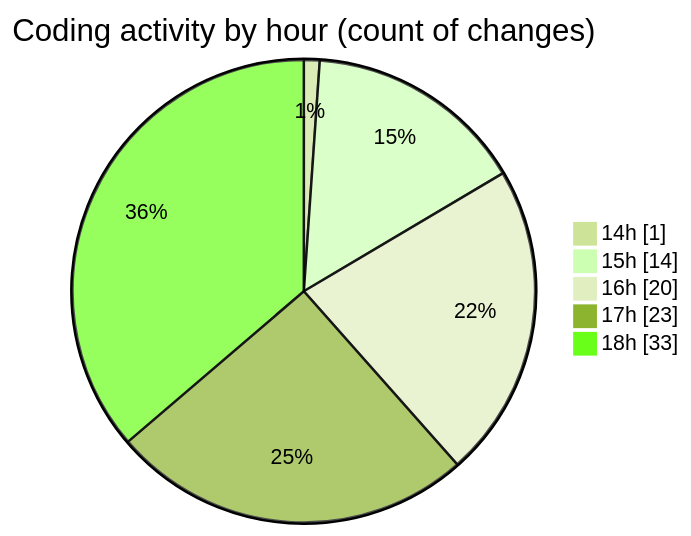
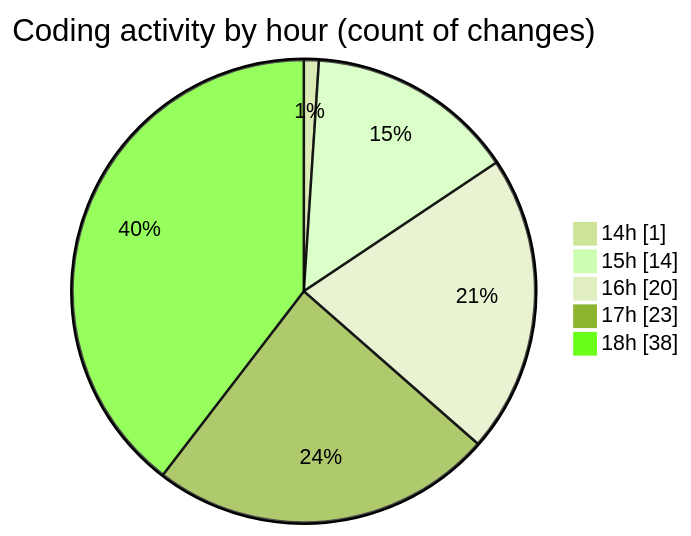
One commit to nxtqubesakshisongat/code-tracking changed the second of 2 diagrams in 2025-05-12/argos-dev/README.md. Above: the diagram before and after it, drawn with Mermaid (forest theme). The commit also changed other lines of this file and 1 other file, not shown here.

````diff
--- a/2025-05-12/argos-dev/README.md
+++ b/2025-05-12/argos-dev/README.md
@@ -34,9 +34,9 @@
 ```mermaid
 pie showData
 title Coding activity by hour (count of changes)
 "14h" : 1
 "15h" : 14
 "16h" : 20
 "17h" : 23
-"18h" : 33
+"18h" : 38
 ```
````
